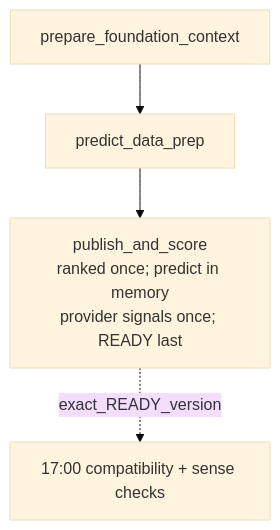
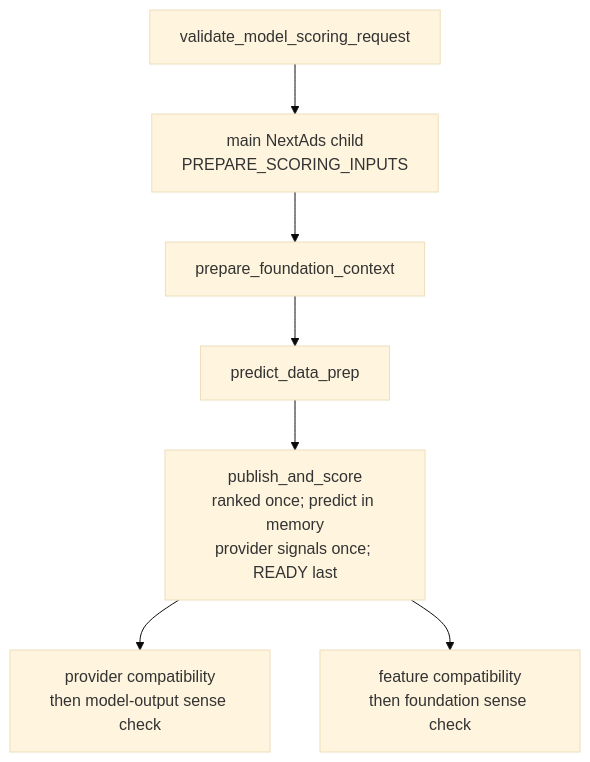
Before and after one commit to swblain-glyndwr/personal_project: the fifth of 8 diagrams in docs/CICD/nextads_databricks_runtime_map.md, drawn with Mermaid (base theme). The commit also changed other lines of this file and 26 other files, not shown here.

Commit message:
Consolidate scheduled model scoring and feature sources

````diff
--- a/docs/CICD/nextads_databricks_runtime_map.md
+++ b/docs/CICD/nextads_databricks_runtime_map.md
@@ -357,6 +355,8 @@
 ```mermaid
 flowchart TD
-  prepare_foundation_context --> predict_data_prep
+  validate_model_scoring_request --> prepare_scoring_inputs["main NextAds child<br/>PREPARE_SCORING_INPUTS"]
+  prepare_scoring_inputs --> prepare_foundation_context --> predict_data_prep
   predict_data_prep --> publish_and_score["publish_and_score<br/>ranked once; predict in memory<br/>provider signals once; READY last"]
-  publish_and_score -. exact_READY_version .-> provider_compatibility["17:00 compatibility + sense checks"]
+  publish_and_score --> provider_compatibility["provider compatibility<br/>then model-output sense check"]
+  publish_and_score --> feature_compatibility["feature compatibility<br/>then foundation sense check"]
 ```
````
